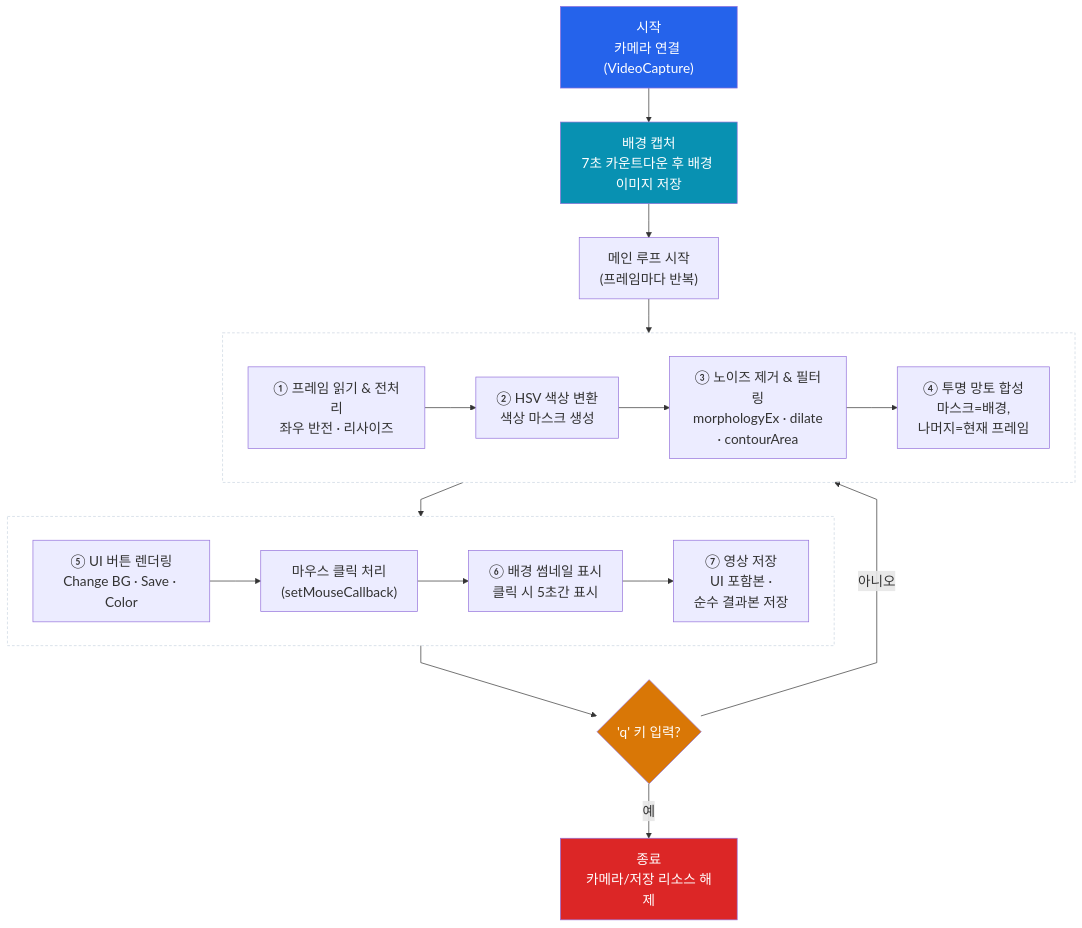
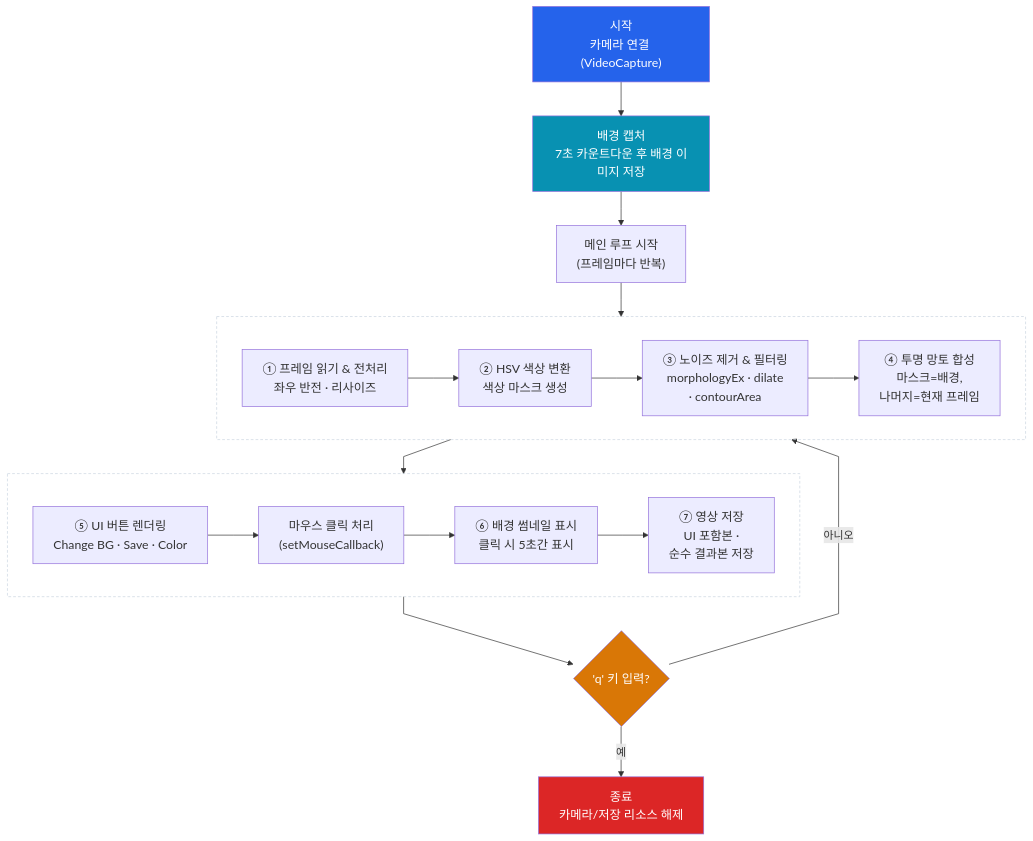
The diagram in README.md (2101080JUNGJINYOUNG/OpenCV-Invisibility-Cloak), drawn with Mermaid before and after one commit.

````diff
--- a/README.md
+++ b/README.md
@@ -15,32 +15,35 @@
 ```mermaid
-%%{init: {"flowchart": {"curve": "linear"}, "themeVariables": {"fontSize": "20px"}} }%%
+%%{init: {"flowchart": {"curve": "linear"}} }%%
 flowchart TD
     A["시작<br/>카메라 연결 (VideoCapture)"] --> B["배경 캡처<br/>7초 카운트다운 후 배경 이미지 저장"]
     B --> C["메인 루프 시작<br/>(프레임마다 반복)"]
 
     subgraph ROW2[" "]
         direction LR
         C5["⑤ UI 버튼 렌더링<br/>Change BG · Save · Color"] --> C6["마우스 클릭 처리<br/>(setMouseCallback)"]
         C6 --> C7["⑥ 배경 썸네일 표시<br/>클릭 시 5초간 표시"]
         C7 --> C8["⑦ 영상 저장<br/>UI 포함본 ·<br/>순수 결과본 저장"]
     end
     subgraph ROW1[" "]
         direction LR
         C1["① 프레임 읽기 & 전처리<br/>좌우 반전 · 리사이즈"] --> C2["② HSV 색상 변환<br/>색상 마스크 생성"]
         C2 --> C3["③ 노이즈 제거 & 필터링<br/>morphologyEx · dilate<br/>· contourArea"]
         C3 --> C4["④ 투명 망토 합성<br/>마스크=배경,<br/>나머지=현재 프레임"]
     end
 
     C --> ROW1
     ROW1 --> ROW2
     ROW2 --> D{"'q' 키 입력?"}
     D -- 아니오 --> ROW1
     D -- 예 --> E["종료<br/>카메라/저장 리소스 해제"]
 
     style A fill:#2563eb,color:#fff
     style E fill:#dc2626,color:#fff
     style B fill:#0891b2,color:#fff
     style D fill:#d97706,color:#fff
     style ROW1 fill:transparent,stroke:#cbd5e1,stroke-dasharray: 4 3
     style ROW2 fill:transparent,stroke:#cbd5e1,stroke-dasharray: 4 3
+
+    classDef bigtxt font-size:18px;
+    class A,B,C,C1,C2,C3,C4,C5,C6,C7,C8,D,E bigtxt;
 ```
````
